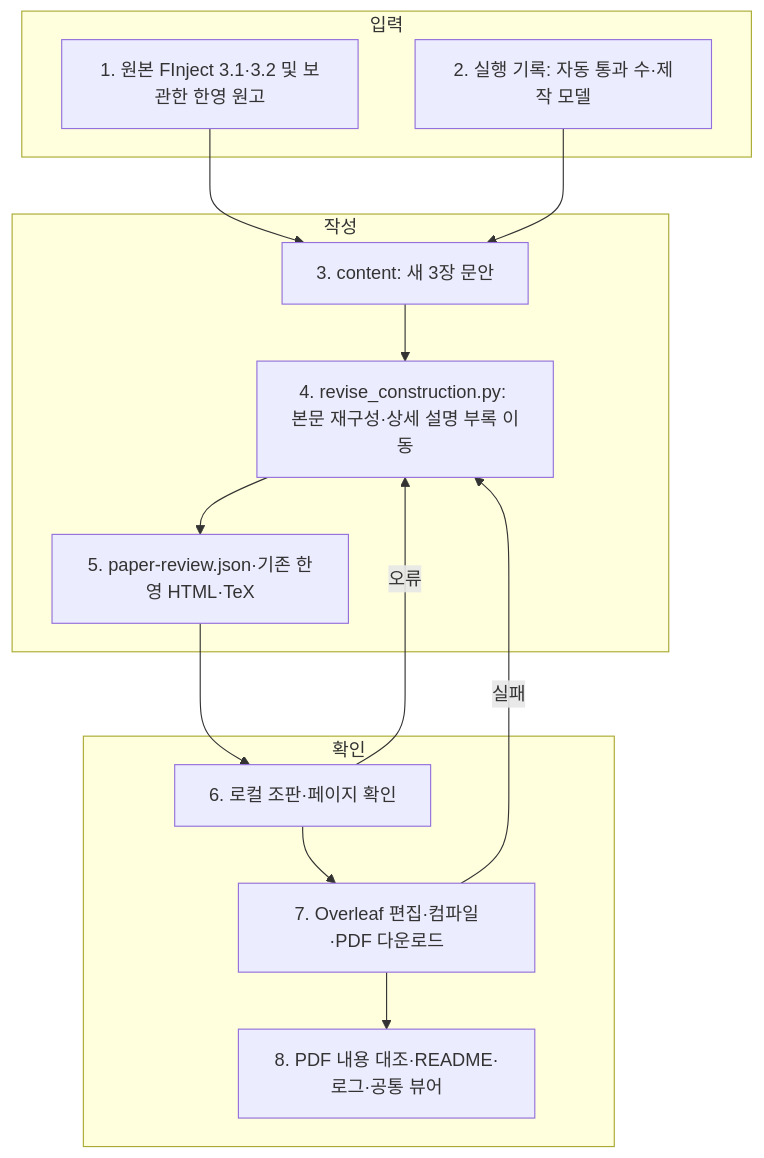
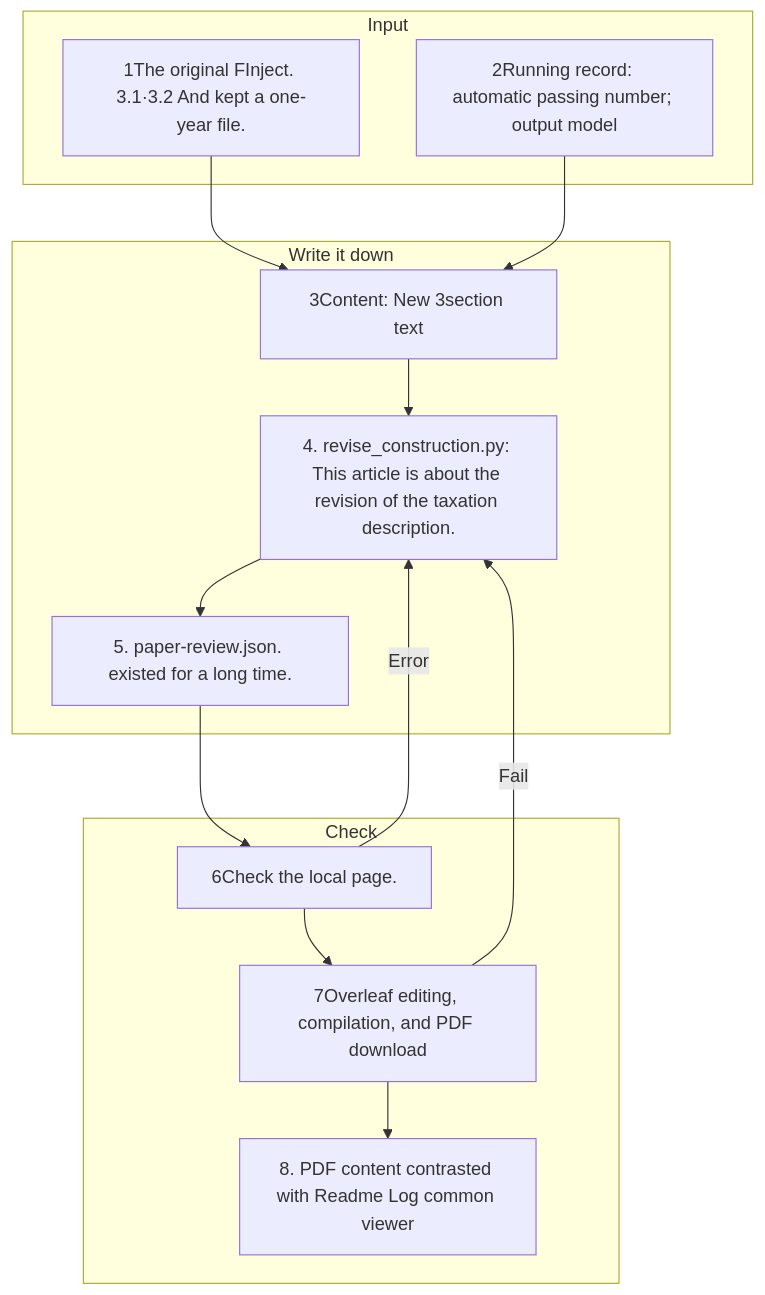
One commit to pnu-clink/finject changed the diagram in src/finarch/documentation/templates/research/construction-revision-readme.md. Above: the diagram before and after it, drawn with Mermaid. The commit also changed other lines of this file and 644 other files, not shown here.

````diff
--- a/src/finarch/documentation/templates/research/construction-revision-readme.md
+++ b/src/finarch/documentation/templates/research/construction-revision-readme.md
@@ -18,22 +18,22 @@
 ```mermaid
 flowchart TD
- subgraph Inputs[입력]
-  A["1. 원본 FInject 3.1·3.2 및 보관한 한영 원고"]
-  B["2. 실행 기록: 자동 통과 수·제작 모델"]
+ subgraph Inputs[Input]
+  A["1The original FInject. 3.1·3.2 And kept a one-year file."]
+  B["2Running record: automatic passing number; output model"]
  end
- subgraph Authoring[작성]
-  C["3. content: 새 3장 문안"]
-  D["4. revise_construction.py: 본문 재구성·상세 설명 부록 이동"]
-  E["5. paper-review.json·기존 한영 HTML·TeX"]
+ subgraph Authoring[Write it down]
+  C["3Content: New 3section text"]
+  D["4. revise_construction.py: This article is about the revision of the taxation description."]
+  E["5. paper-review.json. existed for a long time."]
  end
- subgraph Verification[확인]
-  F["6. 로컬 조판·페이지 확인"]
-  G["7. Overleaf 편집·컴파일·PDF 다운로드"]
-  H["8. PDF 내용 대조·README·로그·공통 뷰어"]
+ subgraph Verification[Check]
+  F["6Check the local page."]
+  G["7Overleaf editing, compilation, and PDF download"]
+  H["8. PDF content contrasted with Readme Log common viewer"]
  end
  A --> C
  B --> C
  C --> D --> E --> F --> G --> H
- F -->|오류| D
- G -->|실패| D
+ F -->|Error| D
+ G -->|Fail| D
 ```
````
